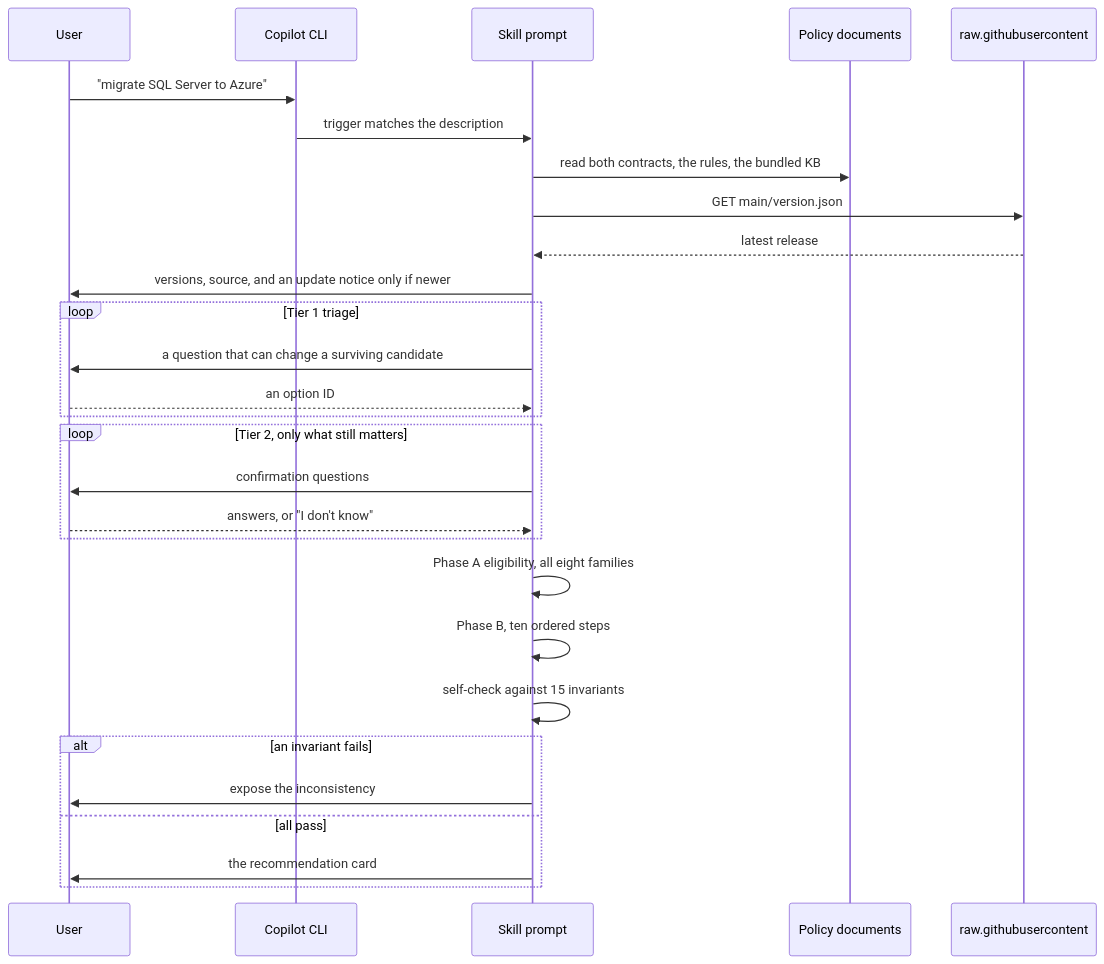
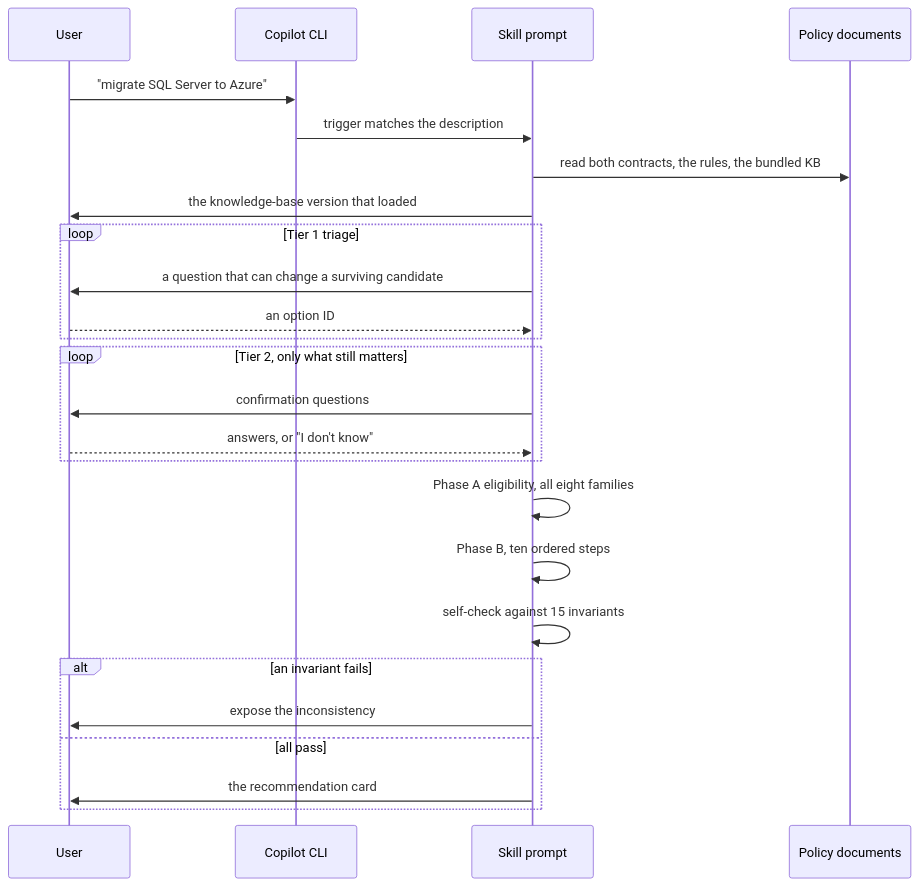
The second of 3 diagrams in docs/ARCHITECTURE.md (fredgis/sql-migration-advisor), drawn with Mermaid before and after one commit. The commit also changed other lines of this file and 24 other files, not shown here.

````diff
--- a/docs/ARCHITECTURE.md
+++ b/docs/ARCHITECTURE.md
@@ -105,31 +105,28 @@
 ```mermaid
 sequenceDiagram
     participant U as User
     participant C as Copilot CLI
     participant S as Skill prompt
     participant P as Policy documents
-    participant N as raw.githubusercontent
 
     U->>C: "migrate SQL Server to Azure"
     C->>S: trigger matches the description
     S->>P: read both contracts, the rules, the bundled KB
-    S->>N: GET main/version.json
-    N-->>S: latest release
-    S->>U: versions, source, and an update notice only if newer
+    S->>U: the knowledge-base version that loaded
     loop Tier 1 triage
       S->>U: a question that can change a surviving candidate
       U-->>S: an option ID
     end
     loop Tier 2, only what still matters
       S->>U: confirmation questions
       U-->>S: answers, or "I don't know"
     end
     S->>S: Phase A eligibility, all eight families
     S->>S: Phase B, ten ordered steps
     S->>S: self-check against 15 invariants
     alt an invariant fails
       S->>U: expose the inconsistency
     else all pass
       S->>U: the recommendation card
     end
 ```
````
